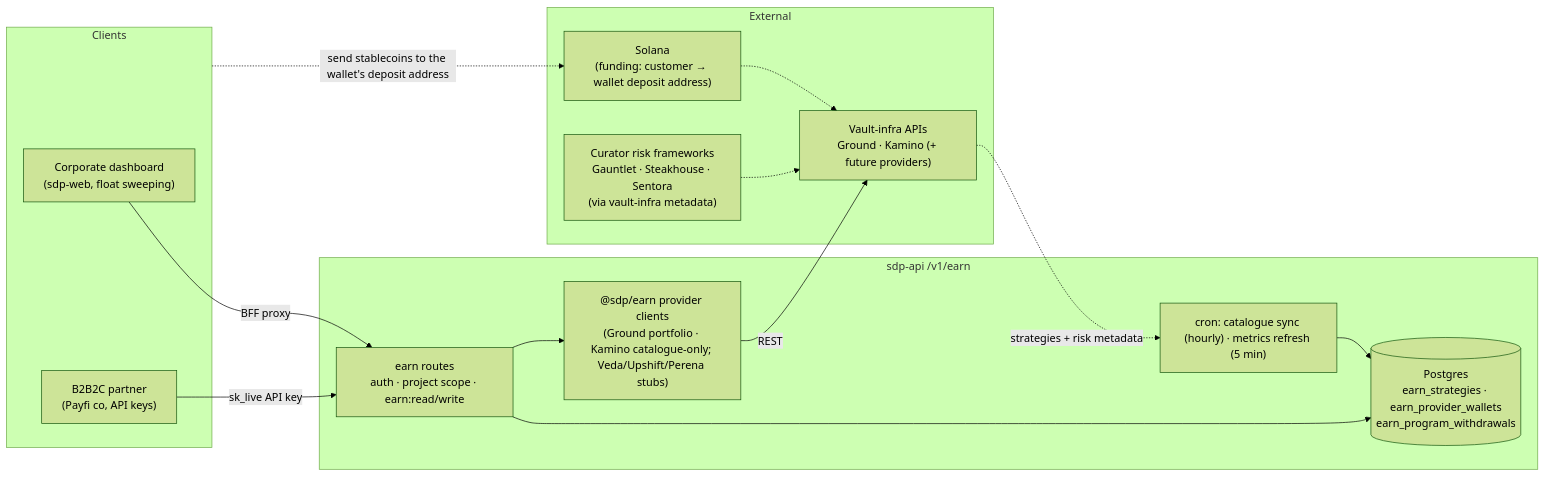
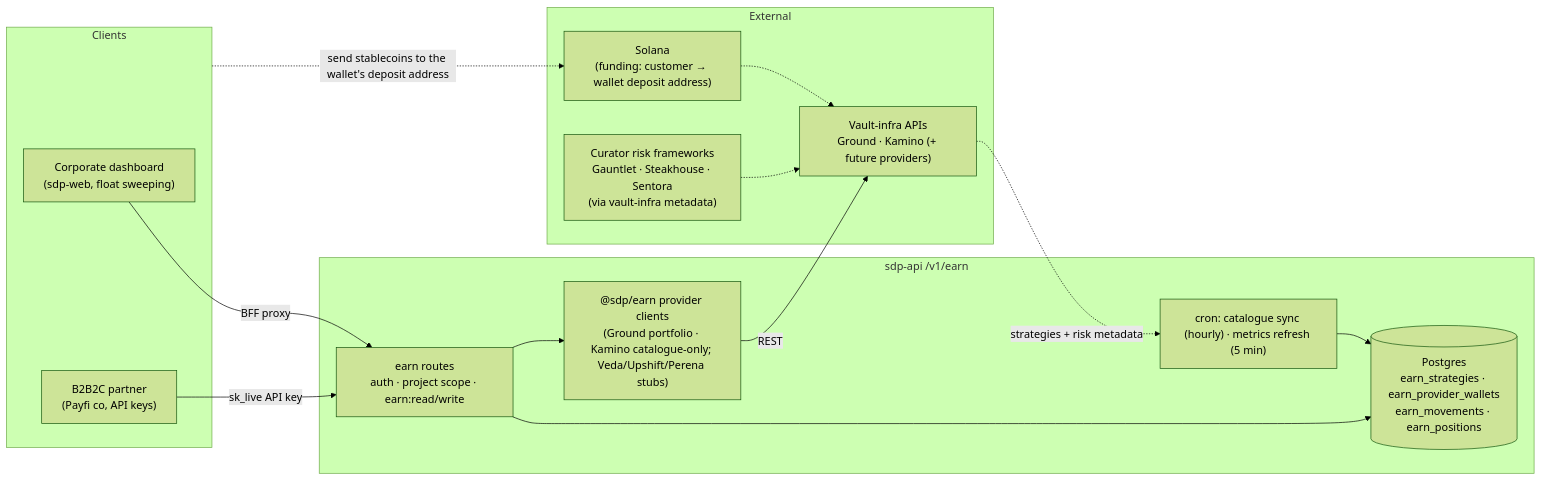
One commit to Moonsong-Labs/solana-developer-platform changed the first of 2 diagrams in docs/architecture/earn-v1-data-flow.md. Above: the diagram before and after it, drawn with Mermaid (forest theme). The commit also changed other lines of this file and 21 other files, not shown here.

First line of the commit message:
feat(earn): serve every Earn read from the unified ledger, settle to finalized, add the cross-provider feed (PRO-1705) (#1409)

````diff
--- a/docs/architecture/earn-v1-data-flow.md
+++ b/docs/architecture/earn-v1-data-flow.md
@@ -15,31 +15,31 @@
 ```mermaid
 flowchart LR
     subgraph Clients
         DASH["Corporate dashboard<br/>(sdp-web, float sweeping)"]
         PARTNER["B2B2C partner<br/>(Payfi co, API keys)"]
     end
 
     subgraph SDP["sdp-api  /v1/earn"]
         ROUTES["earn routes<br/>auth · project scope · earn:read/write"]
         SVC["@sdp/earn provider clients<br/>(Ground portfolio · Kamino catalogue-only; Veda/Upshift/Perena stubs)"]
-        DB[("Postgres<br/>earn_strategies · earn_provider_wallets<br/>earn_program_withdrawals")]
+        DB[("Postgres<br/>earn_strategies · earn_provider_wallets<br/>earn_movements · earn_positions")]
         CRON["cron: catalogue sync (hourly) · metrics refresh (5 min)"]
     end
 
     subgraph External
         VAULT["Vault-infra APIs<br/>Ground · Kamino (+ future providers)"]
         CHAIN["Solana<br/>(funding: customer → wallet deposit address)"]
         CURATOR["Curator risk frameworks<br/>Gauntlet · Steakhouse · Sentora<br/>(via vault-infra metadata)"]
     end
 
     DASH -->|BFF proxy| ROUTES
     PARTNER -->|sk_live API key| ROUTES
     ROUTES --> DB
     ROUTES --> SVC
     SVC -->|REST| VAULT
     VAULT -.->|strategies + risk metadata| CRON
     CURATOR -.-> VAULT
     CRON --> DB
     Clients -.->|send stablecoins to the wallet's deposit address| CHAIN
     CHAIN -.-> VAULT
 ```
````
